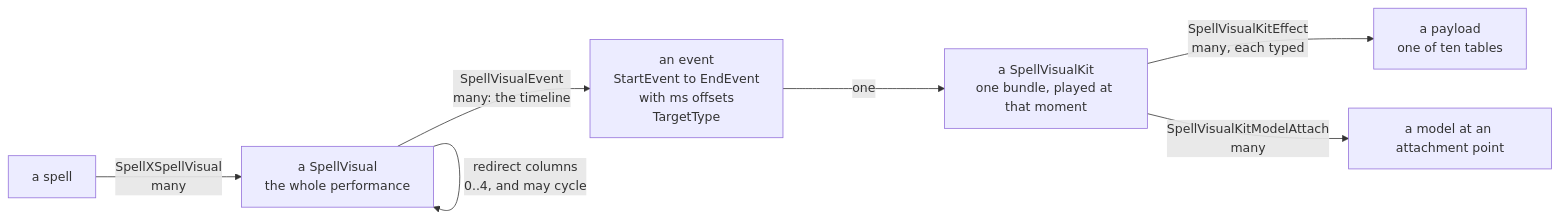
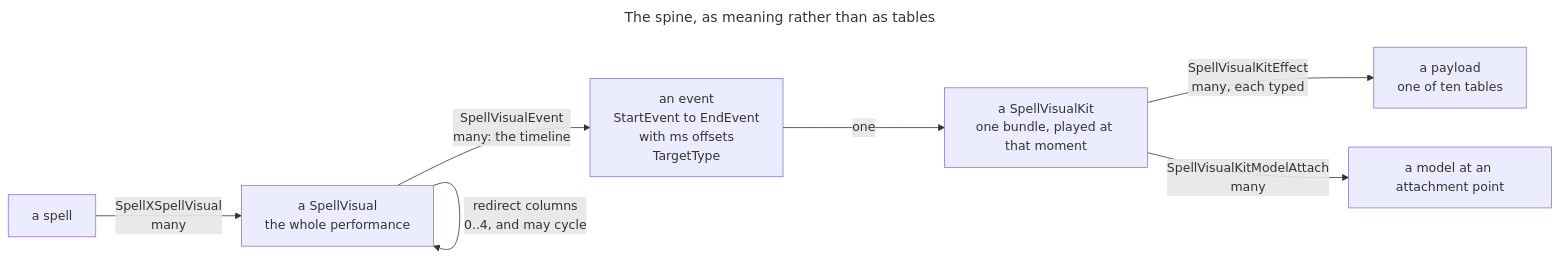
The sixth of 9 diagrams in docs/DATA_ROUTES.md (Natans8/Epsilook), drawn with Mermaid before and after one commit. The commit also changed other lines of this file and 2 other files, not shown here.

````diff
--- a/docs/DATA_ROUTES.md
+++ b/docs/DATA_ROUTES.md
@@ -264,9 +435,19 @@
 ```mermaid
+---
+title: The spine, as meaning rather than as tables
+---
 flowchart LR
+    accTitle: Spell to visual to kit, as meaning
+    accDescr {
+      Every edge from a spell down to a payload is one-to-many, so a spell fans out into a
+      tree rather than walking a chain. A visual may also redirect to another visual, and those
+      redirects can cycle.
+    }
+
     S["a spell"] -->|"SpellXSpellVisual<br/>many"| V["a SpellVisual<br/>the whole performance"]
     V -->|"redirect columns<br/>0..4, and may cycle"| V
     V -->|"SpellVisualEvent<br/>many: the timeline"| E["an event<br/>StartEvent to EndEvent<br/>with ms offsets<br/>TargetType"]
     E -->|"one"| K["a SpellVisualKit<br/>one bundle, played at that moment"]
     K -->|"SpellVisualKitEffect<br/>many, each typed"| P["a payload<br/>one of ten tables"]
     K -->|"SpellVisualKitModelAttach<br/>many"| A["a model at an attachment point"]
 ```
````
